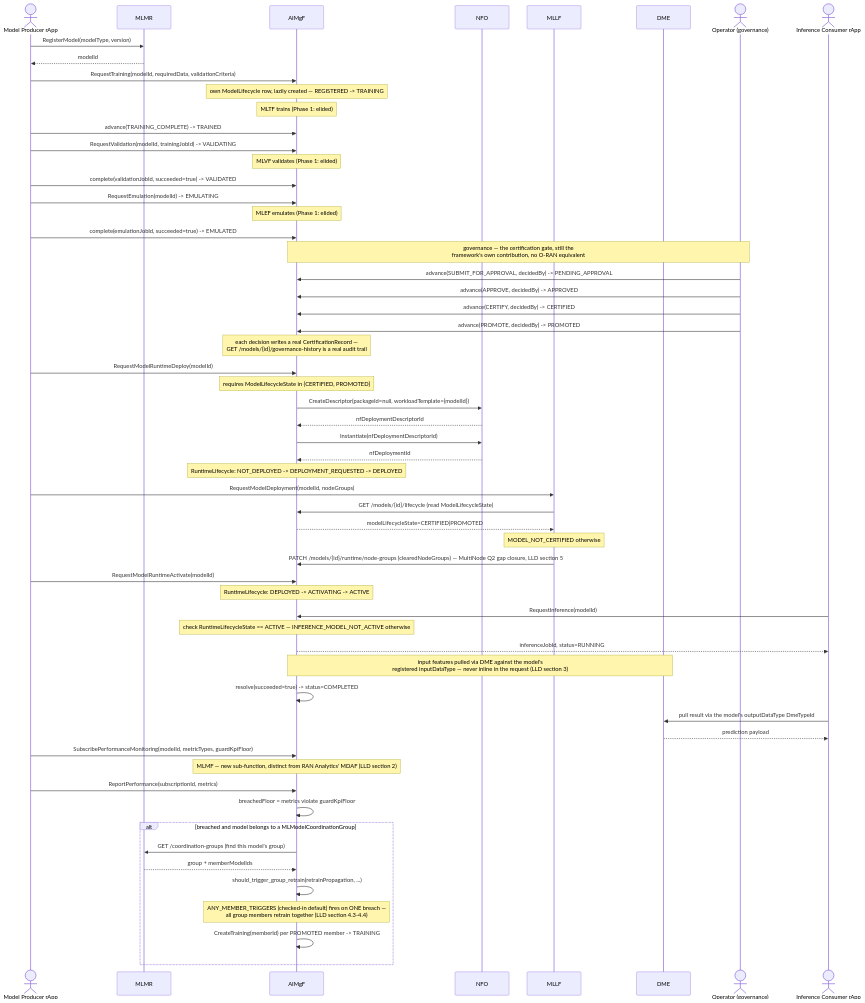
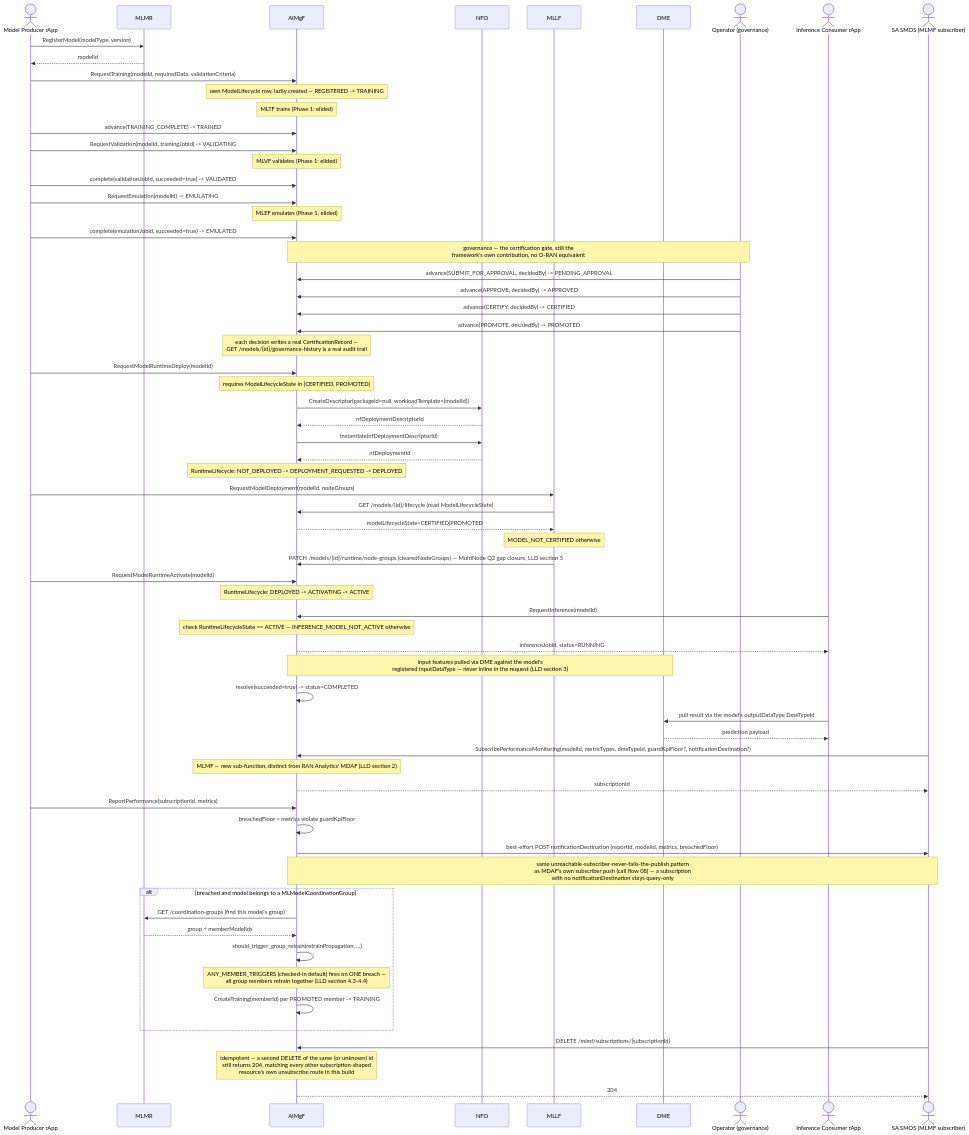
The diagram in smo/docs/call-flows/02-aiml-model-train-to-inference.md (rsys-bshankar/ai-ran-ref), drawn with Mermaid before and after one commit. The commit also changed other lines of this file and 17 other files, not shown here.

````diff
--- a/smo/docs/call-flows/02-aiml-model-train-to-inference.md
+++ b/smo/docs/call-flows/02-aiml-model-train-to-inference.md
@@ -24,69 +24,77 @@
 ```mermaid
 sequenceDiagram
     actor Producer as Model Producer rApp
     participant MLMR as MLMR
     participant AIMgF as AIMgF
     participant NFO as NFO
     participant MLLF as MLLF
     participant DME as DME
     actor Operator as Operator (governance)
     actor Consumer as Inference Consumer rApp
+    actor SA as SA SMOS (MLMF subscriber)
 
     Producer->>MLMR: RegisterModel(modelType, version)
     MLMR-->>Producer: modelId
 
     Producer->>AIMgF: RequestTraining(modelId, requiredData, validationCriteria)
     Note over AIMgF: own ModelLifecycle row, lazily created — REGISTERED -> TRAINING
     Note over AIMgF: MLTF trains (Phase 1: elided)
     Producer->>AIMgF: advance(TRAINING_COMPLETE) -> TRAINED
 
     Producer->>AIMgF: RequestValidation(modelId, trainingJobId) -> VALIDATING
     Note over AIMgF: MLVF validates (Phase 1: elided)
     Producer->>AIMgF: complete(validationJobId, succeeded=true) -> VALIDATED
 
     Producer->>AIMgF: RequestEmulation(modelId) -> EMULATING
     Note over AIMgF: MLEF emulates (Phase 1: elided)
     Producer->>AIMgF: complete(emulationJobId, succeeded=true) -> EMULATED
 
     Note over Operator,AIMgF: governance — the certification gate, still the<br/>framework's own contribution, no O-RAN equivalent
     Operator->>AIMgF: advance(SUBMIT_FOR_APPROVAL, decidedBy) -> PENDING_APPROVAL
     Operator->>AIMgF: advance(APPROVE, decidedBy) -> APPROVED
     Operator->>AIMgF: advance(CERTIFY, decidedBy) -> CERTIFIED
     Operator->>AIMgF: advance(PROMOTE, decidedBy) -> PROMOTED
     Note over AIMgF: each decision writes a real CertificationRecord —<br/>GET /models/{id}/governance-history is a real audit trail
 
     Producer->>AIMgF: RequestModelRuntimeDeploy(modelId)
     Note over AIMgF: requires ModelLifecycleState in {CERTIFIED, PROMOTED}
     AIMgF->>NFO: CreateDescriptor(packageId=null, workloadTemplate={modelId})
     NFO-->>AIMgF: nfDeploymentDescriptorId
     AIMgF->>NFO: Instantiate(nfDeploymentDescriptorId)
     NFO-->>AIMgF: nfDeploymentId
     Note over AIMgF: RuntimeLifecycle: NOT_DEPLOYED -> DEPLOYMENT_REQUESTED -> DEPLOYED
     Producer->>MLLF: RequestModelDeployment(modelId, nodeGroups)
     MLLF->>AIMgF: GET /models/{id}/lifecycle (read ModelLifecycleState)
     AIMgF-->>MLLF: modelLifecycleState=CERTIFIED|PROMOTED
     Note over MLLF: MODEL_NOT_CERTIFIED otherwise
     MLLF->>AIMgF: PATCH /models/{id}/runtime/node-groups (clearedNodeGroups) — MultiNode Q2 gap closure, LLD section 5
     Producer->>AIMgF: RequestModelRuntimeActivate(modelId)
     Note over AIMgF: RuntimeLifecycle: DEPLOYED -> ACTIVATING -> ACTIVE
 
     Consumer->>AIMgF: RequestInference(modelId)
     Note over AIMgF: check RuntimeLifecycleState == ACTIVE — INFERENCE_MODEL_NOT_ACTIVE otherwise
     AIMgF-->>Consumer: inferenceJobId, status=RUNNING
     Note over AIMgF,DME: input features pulled via DME against the model's<br/>registered inputDataType — never inline in the request (LLD section 3)
     AIMgF->>AIMgF: resolve(succeeded=true) -> status=COMPLETED
     Consumer->>DME: pull result via the model's outputDataType DmeTypeId
     DME-->>Consumer: prediction payload
 
-    Producer->>AIMgF: SubscribePerformanceMonitoring(modelId, metricTypes, guardKpiFloor)
+    SA->>AIMgF: SubscribePerformanceMonitoring(modelId, metricTypes, dmeTypeId, guardKpiFloor?, notificationDestination?)
     Note over AIMgF: MLMF — new sub-function, distinct from RAN Analytics' MDAF (LLD section 2)
+    AIMgF-->>SA: subscriptionId
     Producer->>AIMgF: ReportPerformance(subscriptionId, metrics)
     AIMgF->>AIMgF: breachedFloor = metrics violate guardKpiFloor
+    AIMgF->>SA: best-effort POST notificationDestination (reportId, modelId, metrics, breachedFloor)
+    Note over AIMgF,SA: same unreachable-subscriber-never-fails-the-publish pattern<br/>as MDAF's own subscriber push (call flow 08) — a subscription<br/>with no notificationDestination stays query-only
     alt breached and model belongs to a MLModelCoordinationGroup
         AIMgF->>MLMR: GET /coordination-groups (find this model's group)
         MLMR-->>AIMgF: group + memberModelIds
         AIMgF->>AIMgF: should_trigger_group_retrain(retrainPropagation, ...)
         Note over AIMgF: ANY_MEMBER_TRIGGERS (checked-in default) fires on ONE breach —<br/>all group members retrain together (LLD section 4.3-4.4)
         AIMgF->>AIMgF: CreateTraining(memberId) per PROMOTED member -> TRAINING
     end
+
+    SA->>AIMgF: DELETE /mlmf/subscriptions/{subscriptionId}
+    Note over AIMgF: idempotent — a second DELETE of the same (or unknown) id<br/>still returns 204, matching every other subscription-shaped<br/>resource's own unsubscribe route in this build
+    AIMgF-->>SA: 204
 ```
````
